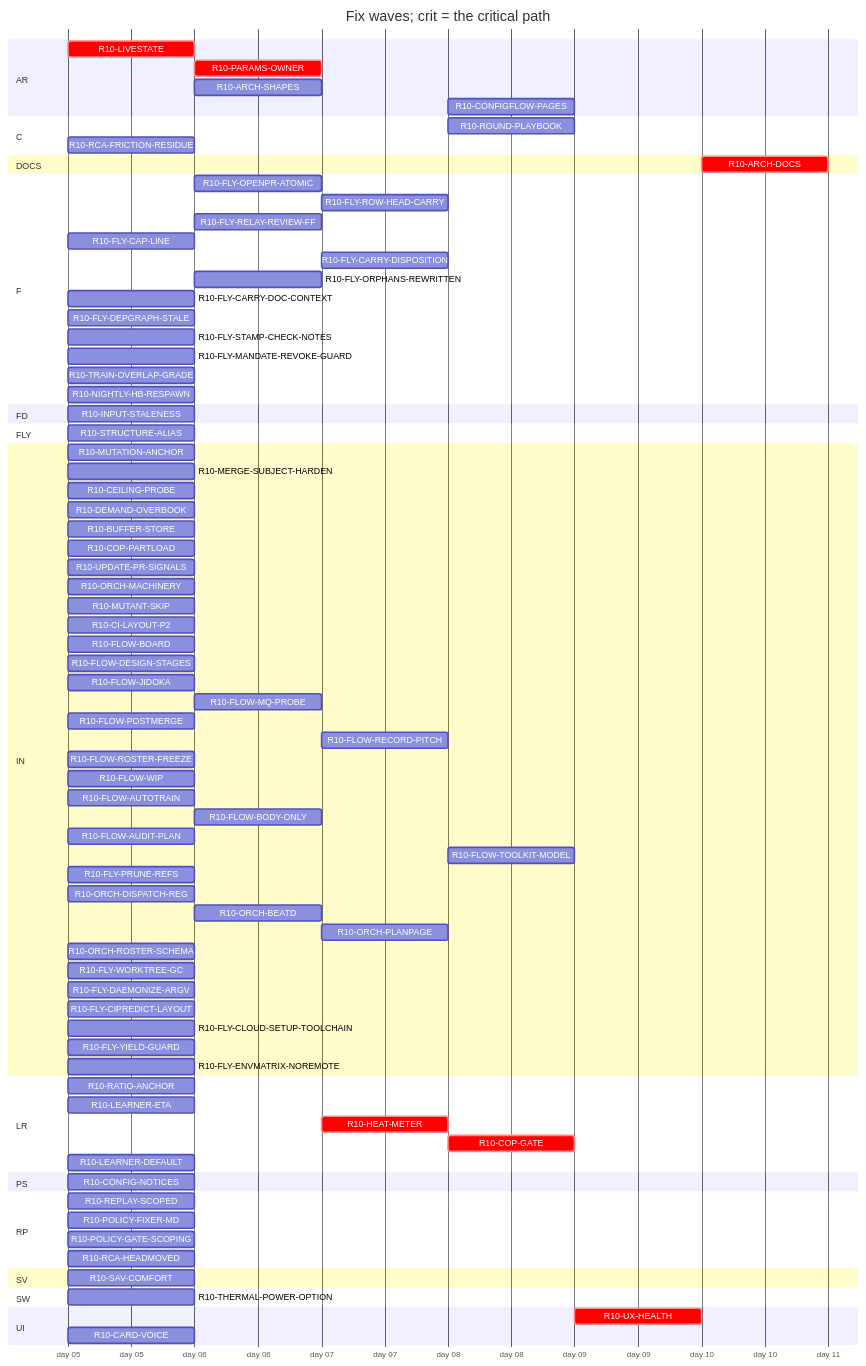
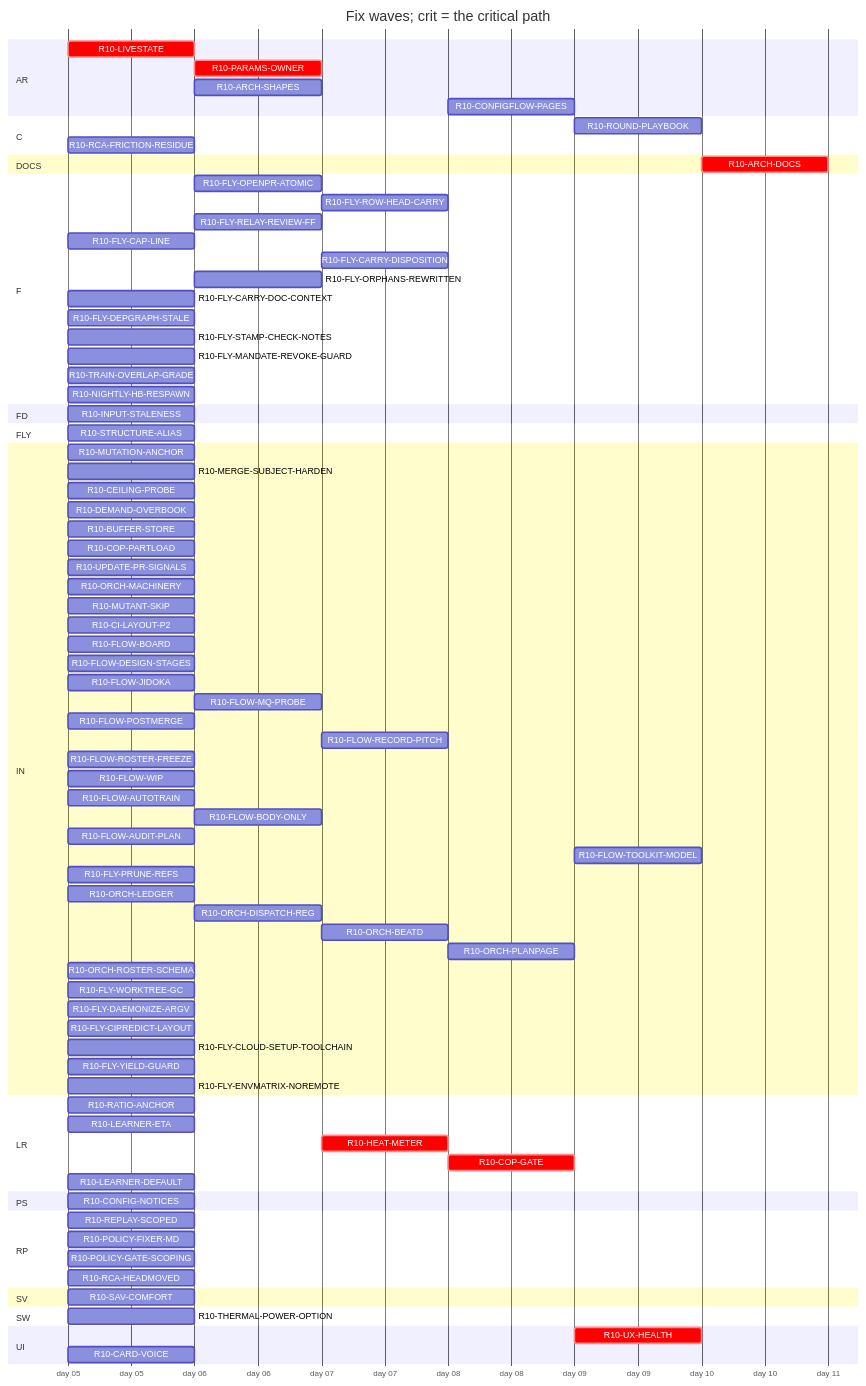
The diagram in handoff/round10/state/PLAN-TABLE.md (tvofi/heatpump_optimizer), drawn with Mermaid before and after one commit. The commit also changed other lines of this file and 2 other files, not shown here.

```diff
--- a/handoff/round10/state/PLAN-TABLE.md
+++ b/handoff/round10/state/PLAN-TABLE.md
@@ -34,7 +34,7 @@
     R10-ARCH-SHAPES :r10ARCHSHAPES, after r10LIVESTATE r10INPUTSTALENESS, 1d
     R10-CONFIGFLOW-PAGES :r10CONFIGFLOWPAGES, after r10HEATMETER, 1d
   section C
-    R10-ROUND-PLAYBOOK :r10ROUNDPLAYBOOK, after r10FLOWAUDITPLAN r10ORCHDISPATCHREG r10ORCHBEATD r10ORCHPLANPAGE r10FLOWAUTOTRAIN r10CILAYOUTP2, 1d
+    R10-ROUND-PLAYBOOK :r10ROUNDPLAYBOOK, after r10FLOWAUDITPLAN r10ORCHLEDGER r10ORCHDISPATCHREG r10ORCHBEATD r10ORCHPLANPAGE r10FLOWAUTOTRAIN r10CILAYOUTP2, 1d
     R10-RCA-FRICTION-RESIDUE :r10RCAFRICTIONRESIDUE, 2026-01-05, 1d
   section DOCS
     R10-ARCH-DOCS :crit, r10ARCHDOCS, after r10RATIOANCHOR r10INPUTSTALENESS r10LIVESTATE r10CONFIGNOTICES r10PARAMSOWNER r10ARCHSHAPES r10LEARNERETA r10HEATMETER r10COPGATE r10UXHEALTH r10CONFIGFLOWPAGES r10REPLAYSCOPED, 1d
@@ -79,7 +79,8 @@
     R10-FLOW-AUDIT-PLAN :r10FLOWAUDITPLAN, 2026-01-05, 1d
     R10-FLOW-TOOLKIT-MODEL :r10FLOWTOOLKITMODEL, after r10ORCHPLANPAGE, 1d
     R10-FLY-PRUNE-REFS :r10FLYPRUNEREFS, 2026-01-05, 1d
-    R10-ORCH-DISPATCH-REG :r10ORCHDISPATCHREG, 2026-01-05, 1d
+    R10-ORCH-LEDGER :r10ORCHLEDGER, 2026-01-05, 1d
+    R10-ORCH-DISPATCH-REG :r10ORCHDISPATCHREG, after r10ORCHLEDGER, 1d
     R10-ORCH-BEATD :r10ORCHBEATD, after r10ORCHDISPATCHREG, 1d
     R10-ORCH-PLANPAGE :r10ORCHPLANPAGE, after r10ORCHBEATD, 1d
     R10-ORCH-ROSTER-SCHEMA :r10ORCHROSTERSCHEMA, 2026-01-05, 1d
```
